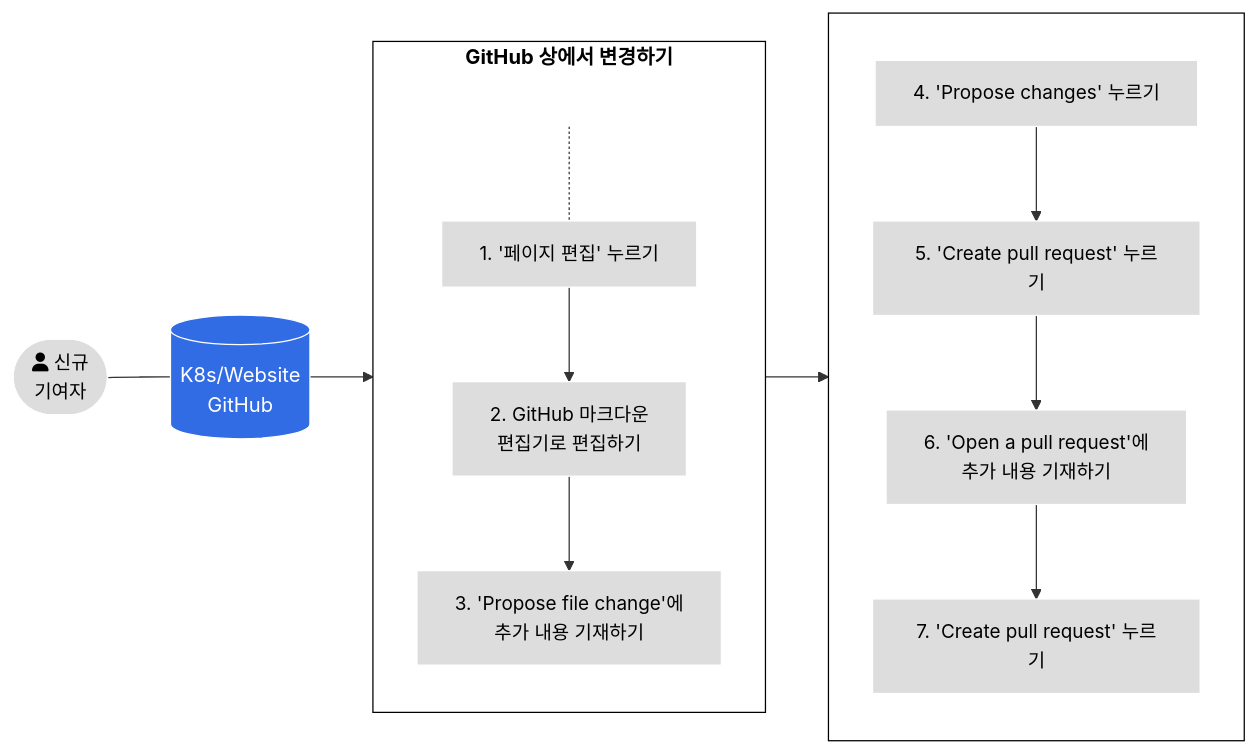
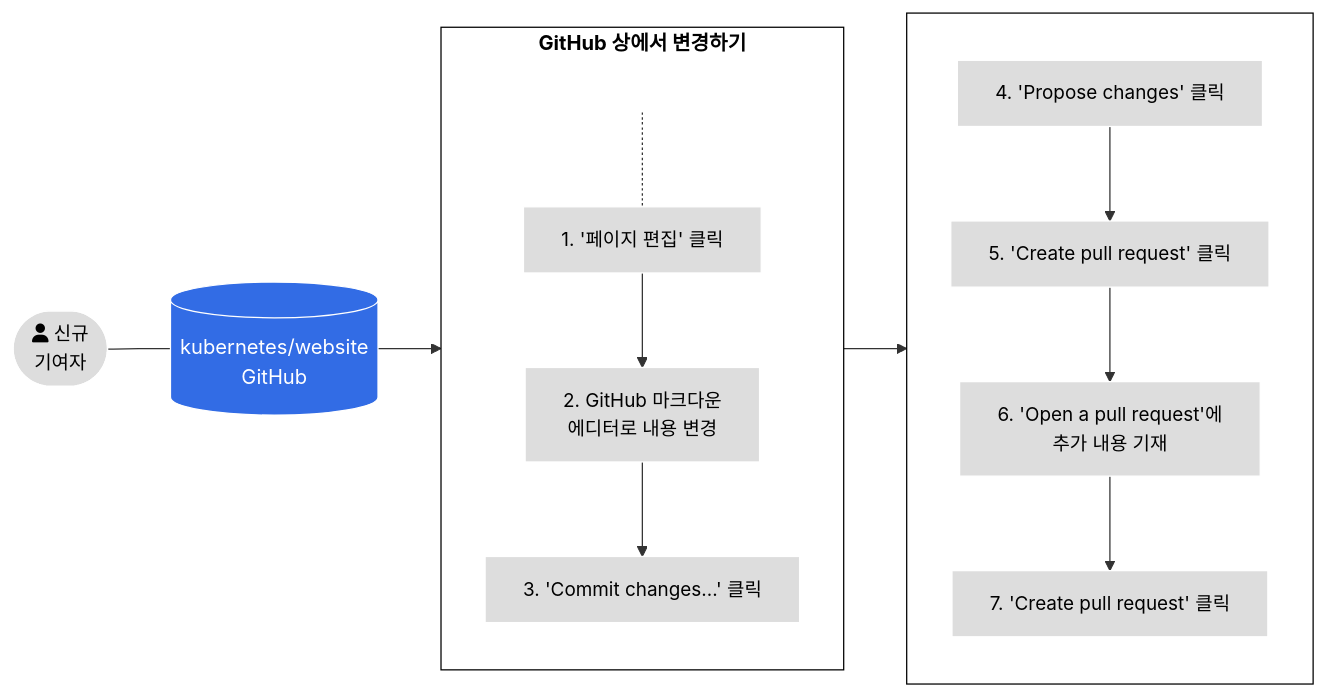
One commit to kubernetes/website changed the first of 3 diagrams in content/ko/docs/contribute/new-content/open-a-pr.md. Above: the diagram before and after it, drawn with Mermaid. The commit also changed other lines of this file, not shown here.

Commit message:
[ko] Update /contribute/new-content/open-a-pr.md

```diff
--- a/content/ko/docs/contribute/new-content/open-a-pr.md
+++ b/content/ko/docs/contribute/new-content/open-a-pr.md
@@ -38,27 +38,27 @@
 {{< mermaid >}}
 flowchart LR
-A([fa:fa-user 신규<br>기여자]) --- id1[(K8s/Website<br>GitHub)]
+A([fa:fa-user 신규<br>기여자]) --- id1[(kubernetes/website<br>GitHub)]
 subgraph tasks[GitHub 상에서 변경하기]
 direction TB
     0[ ] -.-
-    1[1. '페이지 편집' 누르기] --> 2[2. GitHub 마크다운<br>편집기로 편집하기]
-    2 --> 3[3. 'Propose file change'에<br>추가 내용 기재하기]
+    1[1. '페이지 편집' 클릭] --> 2[2. GitHub 마크다운<br>에디터로 내용 변경]
+    2 --> 3[3. 'Commit changes...' 클릭]
 
 end
 subgraph tasks2[ ]
 direction TB
-4[4. 'Propose changes' 누르기] --> 5[5. 'Create pull request' 누르기] --> 6[6. 'Open a pull request'에<br>추가 내용 기재하기]
-6 --> 7[7. 'Create pull request' 누르기] 
+4[4. 'Propose changes' 클릭] --> 5[5. 'Create pull request' 클릭] --> 6[6. 'Open a pull request'에<br>추가 내용 기재]
+6 --> 7[7. 'Create pull request' 클릭] 
 end
 
 id1 --> tasks --> tasks2
 
 classDef grey fill:#dddddd,stroke:#ffffff,stroke-width:px,color:#000000, font-size:15px;
 classDef white fill:#ffffff,stroke:#000,stroke-width:px,color:#000,font-weight:bold
 classDef k8s fill:#326ce5,stroke:#fff,stroke-width:1px,color:#fff;
 classDef spacewhite fill:#ffffff,stroke:#fff,stroke-width:0px,color:#000
 class A,1,2,3,4,5,6,7 grey
 class 0 spacewhite
 class tasks,tasks2 white
 class id1 k8s
 {{</ mermaid >}}
```
